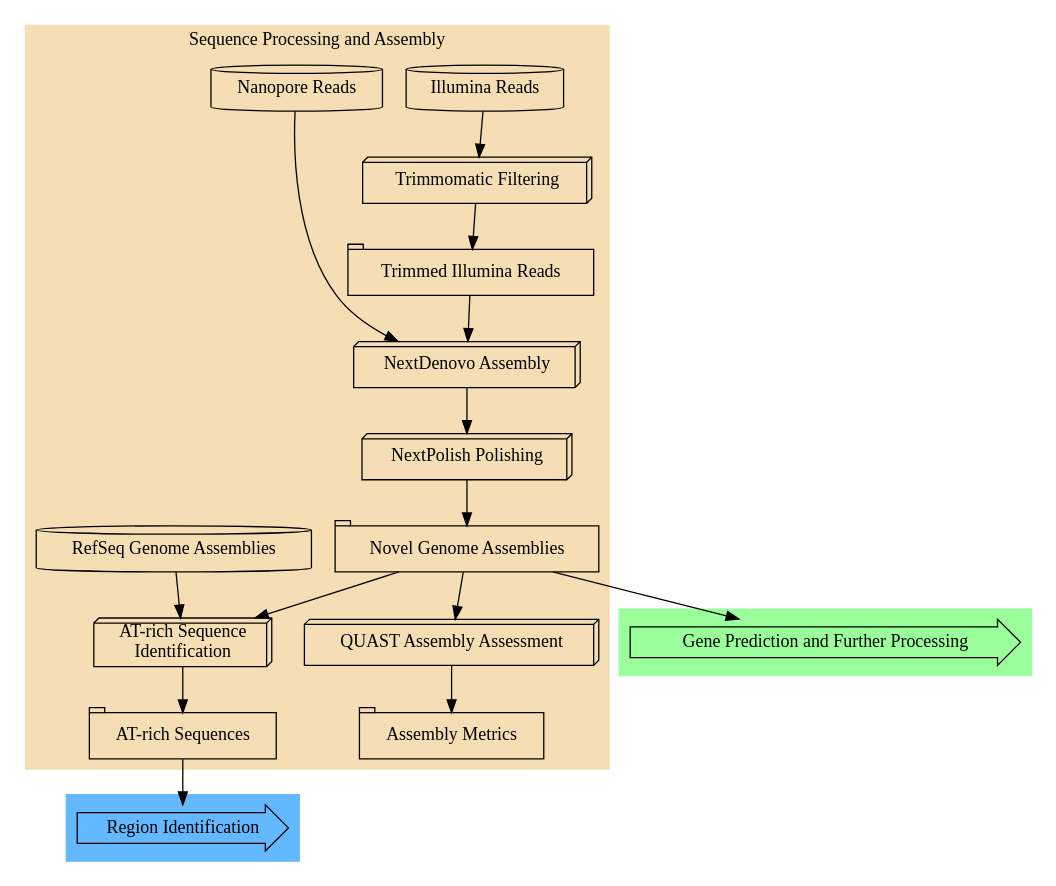
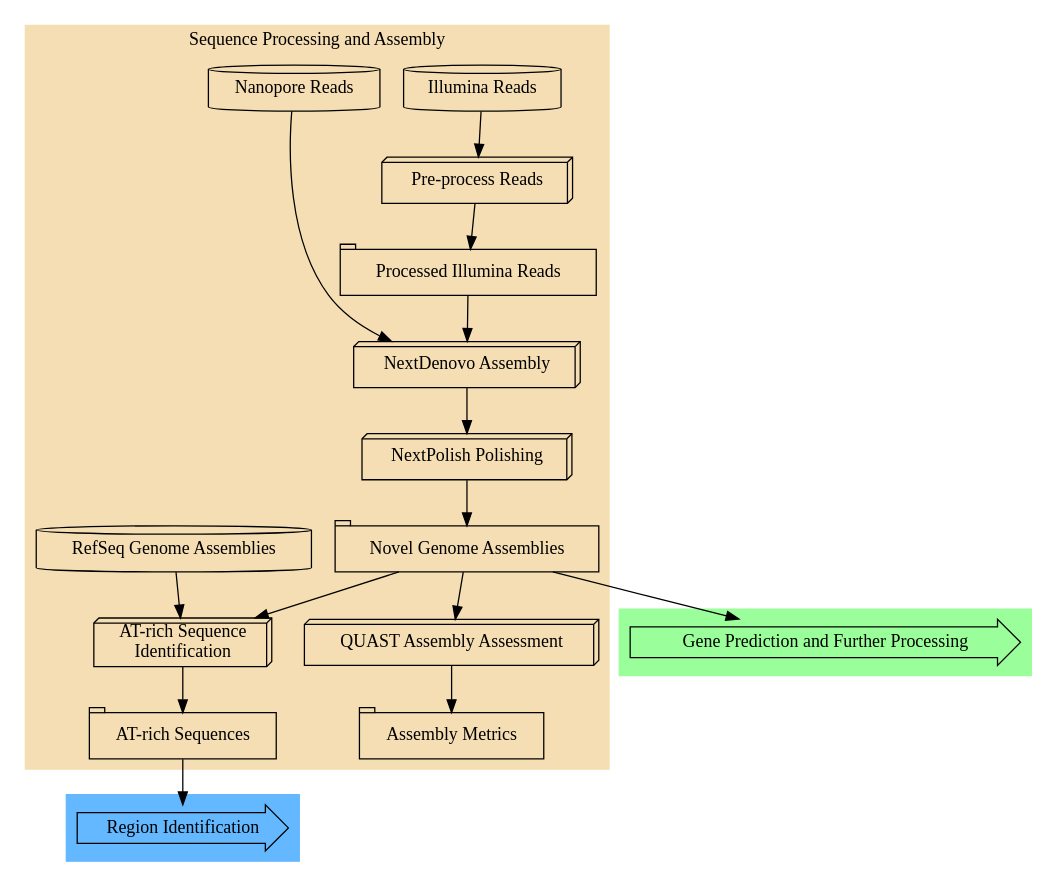
The diagram in working-thesis/figures/assembly-met.dot (cbe453/masters), drawn with Graphviz before and after one commit. The commit also changed 14 other files, not shown here.

```diff
--- a/working-thesis/figures/assembly-met.dot
+++ b/working-thesis/figures/assembly-met.dot
@@ -1,53 +1,53 @@
 digraph G{
 
 	subgraph cluster_1 {
 		 style = filled;
 		 color = palegreen1;
 		 "Gene Prediction and Further Processing" [shape = rarrow];
 		 
 	}
 	
 	#"Identify AT-rich Genomic Sequence" [shape = box3d];
 	#splines = ortho;
 	rankdir = "TB";
 	subgraph cluster_0 {
 		 style = filled;
 		 color = wheat;
 		 "Illumina Reads" [shape = cylinder];
-		 "Trimmomatic Filtering" [shape = box3d];
+		 "Pre-process Reads" [shape = box3d];
 		 "Nanopore Reads" [shape = cylinder];
 		 "NextDenovo Assembly" [shape = box3d];
 		 "NextPolish Polishing" [shape = box3d];
-		 "Trimmed Illumina Reads" [shape = tab];
+		 "Processed Illumina Reads" [shape = tab];
 		 "Novel Genome Assemblies" [shape = tab];
-		 "Illumina Reads" -> "Trimmomatic Filtering";
-		 "Trimmomatic Filtering" -> "Trimmed Illumina Reads";
-		 "Trimmed Illumina Reads" -> "NextDenovo Assembly";
+		 "Illumina Reads" -> "Pre-process Reads";
+		 "Pre-process Reads" -> "Processed Illumina Reads";
+		 "Processed Illumina Reads" -> "NextDenovo Assembly";
 		 "Nanopore Reads" -> "NextDenovo Assembly";
 		 "NextDenovo Assembly" -> "NextPolish Polishing" -> "Novel Genome Assemblies";
 		 "QUAST Assembly Assessment" [shape = box3d];
 		 "Novel Genome Assemblies" -> "QUAST Assembly Assessment";
 		 "Assembly Metrics" [shape = tab];
 		 "QUAST Assembly Assessment" -> "Assembly Metrics";
 		 #{rank = same; "Assembled Genomes"; "QUAST Assembly Assessment"};
 		 {rank = same; "Illumina Reads"; "Nanopore Reads"};
 		 label = "Sequence Processing and Assembly";
 	 	 #{rank = same; "Novel GA"; "Gene Prediction and Further Processing"};
 		 "AT-rich Sequence\n Identification" [shape = box3d];
 		 "Novel Genome Assemblies" -> "AT-rich Sequence\n Identification";
 		 "RefSeq Genome Assemblies" [shape = cylinder];
 		 "RefSeq Genome Assemblies" -> "AT-rich Sequence\n Identification";
 		 "AT-rich Sequence\n Identification" -> "AT-rich Sequences"
 		 "AT-rich Sequences" [shape = tab];
 	}
 
 	subgraph cluster_2 {
 		 style = filled;
 		 color = steelblue1;
 		 "Region Identification" [shape = rarrow]
 	}
 
 	#"Assembled Genomes" -> "Identify AT-rich Genomic Sequence";
 	"Novel Genome Assemblies" -> "Gene Prediction and Further Processing";
 	"AT-rich Sequences" -> "Region Identification";
 }
```
